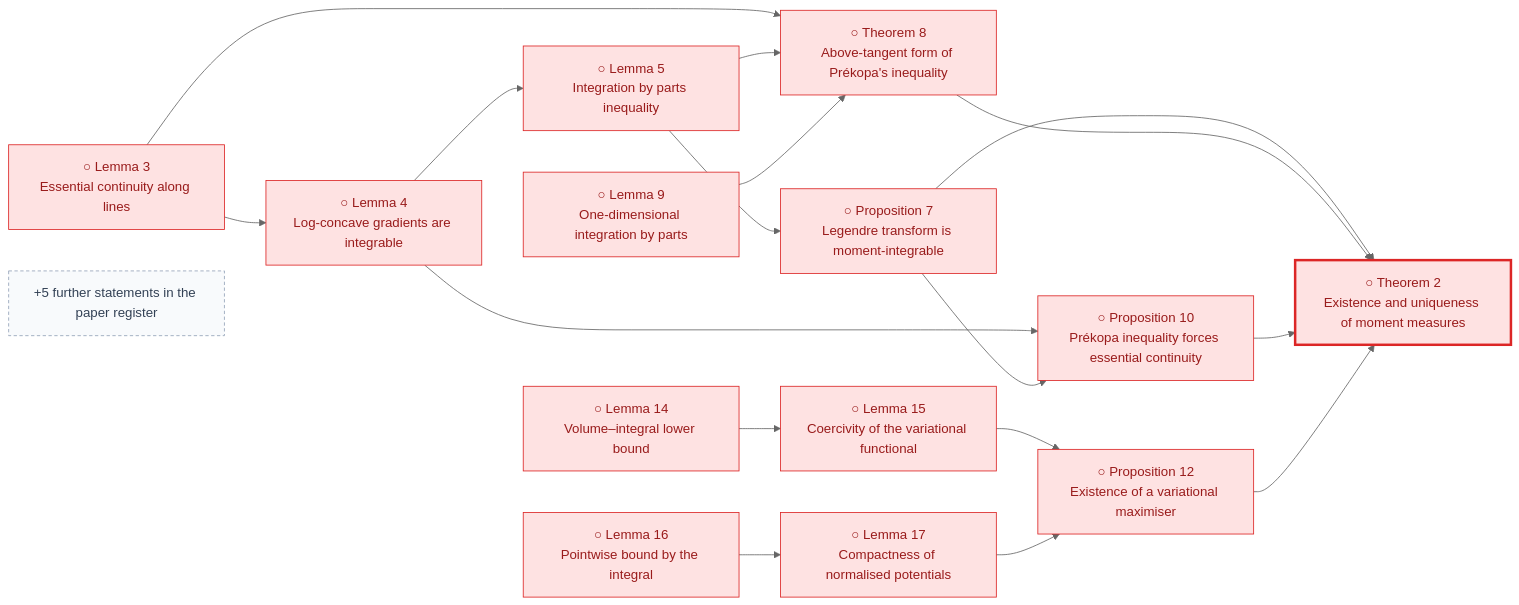
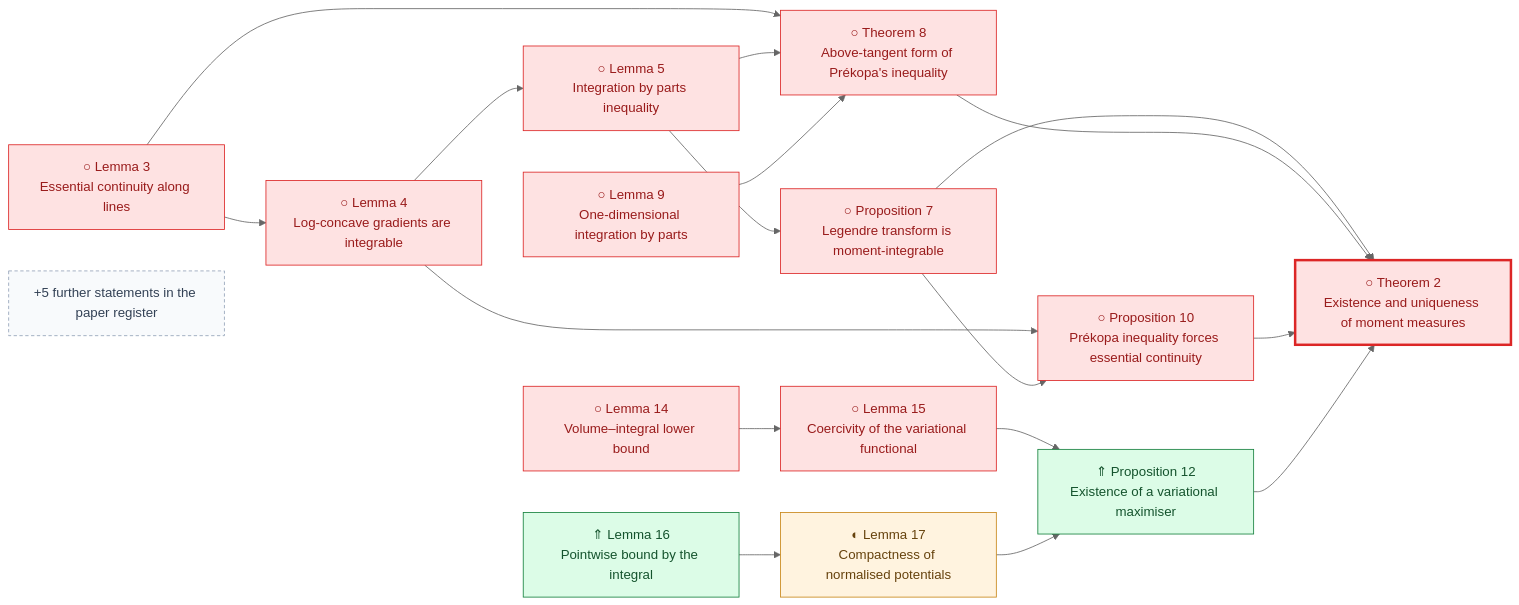
The ninth of 26 diagrams in research/progress/README.md (human-ai-mathematics/kls-lean), drawn with Mermaid (neutral theme) before and after one commit. The commit also changed other lines of this file and 283 other files, not shown here.

````diff
--- a/research/progress/README.md
+++ b/research/progress/README.md
@@ -464,38 +464,42 @@
 ```mermaid
 flowchart LR
     CorderoKlartag2015_T2["○ Theorem 2<br/>Existence and uniqueness of moment measures"]
     CorderoKlartag2015_L3["○ Lemma 3<br/>Essential continuity along lines"]
     CorderoKlartag2015_L4["○ Lemma 4<br/>Log-concave gradients are integrable"]
     CorderoKlartag2015_L5["○ Lemma 5<br/>Integration by parts inequality"]
     CorderoKlartag2015_P7["○ Proposition 7<br/>Legendre transform is moment-integrable"]
     CorderoKlartag2015_T8["○ Theorem 8<br/>Above-tangent form of Prékopa's inequality"]
     CorderoKlartag2015_L9["○ Lemma 9<br/>One-dimensional integration by parts"]
     CorderoKlartag2015_P10["○ Proposition 10<br/>Prékopa inequality forces essential continuity"]
-    CorderoKlartag2015_P12["○ Proposition 12<br/>Existence of a variational maximiser"]
+    CorderoKlartag2015_P12["⇑ Proposition 12<br/>Existence of a variational maximiser"]
     CorderoKlartag2015_L14["○ Lemma 14<br/>Volume–integral lower bound"]
     CorderoKlartag2015_L15["○ Lemma 15<br/>Coercivity of the variational functional"]
-    CorderoKlartag2015_L16["○ Lemma 16<br/>Pointwise bound by the integral"]
-    CorderoKlartag2015_L17["○ Lemma 17<br/>Compactness of normalised potentials"]
+    CorderoKlartag2015_L16["⇑ Lemma 16<br/>Pointwise bound by the integral"]
+    CorderoKlartag2015_L17["◐ Lemma 17<br/>Compactness of normalised potentials"]
     CorderoKlartag2015_P7 --> CorderoKlartag2015_T2
     CorderoKlartag2015_T8 --> CorderoKlartag2015_T2
     CorderoKlartag2015_P10 --> CorderoKlartag2015_T2
     CorderoKlartag2015_P12 --> CorderoKlartag2015_T2
     CorderoKlartag2015_L3 --> CorderoKlartag2015_L4
     CorderoKlartag2015_L4 --> CorderoKlartag2015_L5
     CorderoKlartag2015_L5 --> CorderoKlartag2015_P7
     CorderoKlartag2015_L3 --> CorderoKlartag2015_T8
     CorderoKlartag2015_L5 --> CorderoKlartag2015_T8
     CorderoKlartag2015_L9 --> CorderoKlartag2015_T8
     CorderoKlartag2015_L4 --> CorderoKlartag2015_P10
     CorderoKlartag2015_P7 --> CorderoKlartag2015_P10
     CorderoKlartag2015_L15 --> CorderoKlartag2015_P12
     CorderoKlartag2015_L17 --> CorderoKlartag2015_P12
     CorderoKlartag2015_L14 --> CorderoKlartag2015_L15
     CorderoKlartag2015_L16 --> CorderoKlartag2015_L17
     CorderoKlartag2015_more["+5 further statements in the paper register"]
+    classDef lemma_partial fill:#fff3df,stroke:#c88719,color:#66420d;
+    class CorderoKlartag2015_L17 lemma_partial;
     classDef lemma_pending fill:#fee2e2,stroke:#dc2626,color:#991b1b;
-    class CorderoKlartag2015_T2,CorderoKlartag2015_L3,CorderoKlartag2015_L4,CorderoKlartag2015_L5,CorderoKlartag2015_P7,CorderoKlartag2015_T8,CorderoKlartag2015_L9,CorderoKlartag2015_P10,CorderoKlartag2015_P12,CorderoKlartag2015_L14,CorderoKlartag2015_L15,CorderoKlartag2015_L16,CorderoKlartag2015_L17 lemma_pending;
+    class CorderoKlartag2015_T2,CorderoKlartag2015_L3,CorderoKlartag2015_L4,CorderoKlartag2015_L5,CorderoKlartag2015_P7,CorderoKlartag2015_T8,CorderoKlartag2015_L9,CorderoKlartag2015_P10,CorderoKlartag2015_L14,CorderoKlartag2015_L15 lemma_pending;
+    classDef lemma_improved fill:#dcfce7,stroke:#15803d,color:#14532d;
+    class CorderoKlartag2015_P12,CorderoKlartag2015_L16 lemma_improved;
     style CorderoKlartag2015_T2 stroke-width:3px
     classDef lemma_more fill:#f8fafc,stroke:#94a3b8,color:#334155,stroke-dasharray:4 3;
     class CorderoKlartag2015_more lemma_more;
 ```
````
